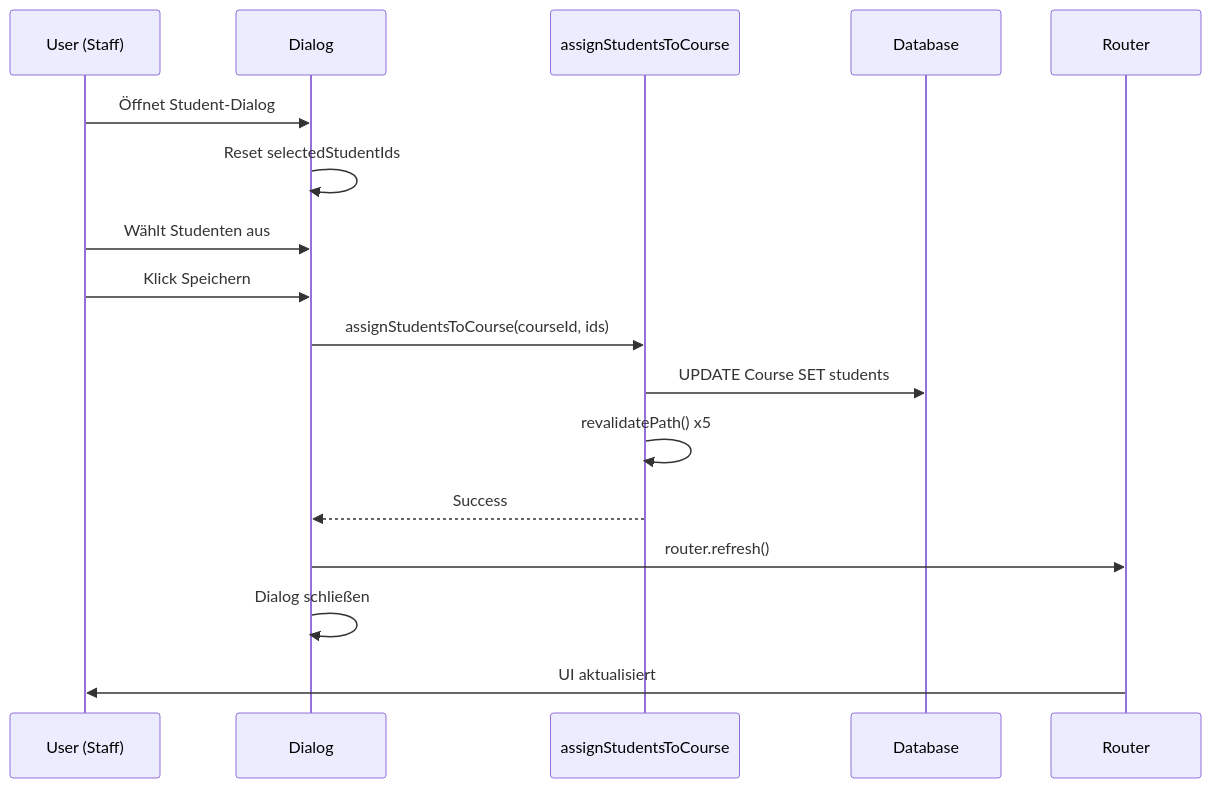
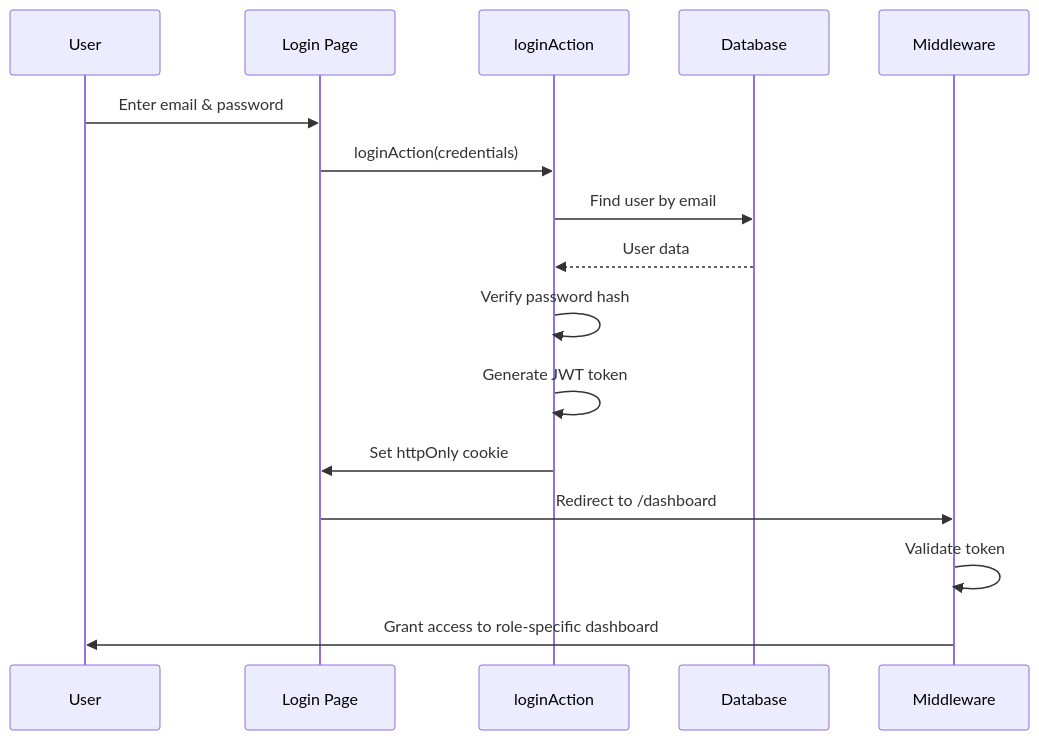
The first of 3 diagrams in DOCUMENTATION_DE.md (LemenAid/Schul-Portal-Demo), drawn with Mermaid before and after one commit. The commit also changed other lines of this file, not shown here.

````diff
--- a/DOCUMENTATION_DE.md
+++ b/DOCUMENTATION_DE.md
@@ -66,20 +32,19 @@
 ```mermaid
 sequenceDiagram
-    participant U as User (Staff)
-    participant D as Dialog
-    participant A as assignStudentsToCourse
+    participant U as User
+    participant L as Login Page
+    participant A as loginAction
     participant DB as Database
-    participant R as Router
+    participant M as Middleware
 
-    U->>D: Öffnet Student-Dialog
-    D->>D: Reset selectedStudentIds
-    U->>D: Wählt Studenten aus
-    U->>D: Klick Speichern
-    D->>A: assignStudentsToCourse(courseId, ids)
-    A->>DB: UPDATE Course SET students
-    A->>A: revalidatePath() x5
-    A-->>D: Success
-    D->>R: router.refresh()
-    D->>D: Dialog schließen
-    R->>U: UI aktualisiert
+    U->>L: Enter email & password
+    L->>A: loginAction(credentials)
+    A->>DB: Find user by email
+    DB-->>A: User data
+    A->>A: Verify password hash
+    A->>A: Generate JWT token
+    A->>L: Set httpOnly cookie
+    L->>M: Redirect to /dashboard
+    M->>M: Validate token
+    M->>U: Grant access to role-specific dashboard
 ```
````
